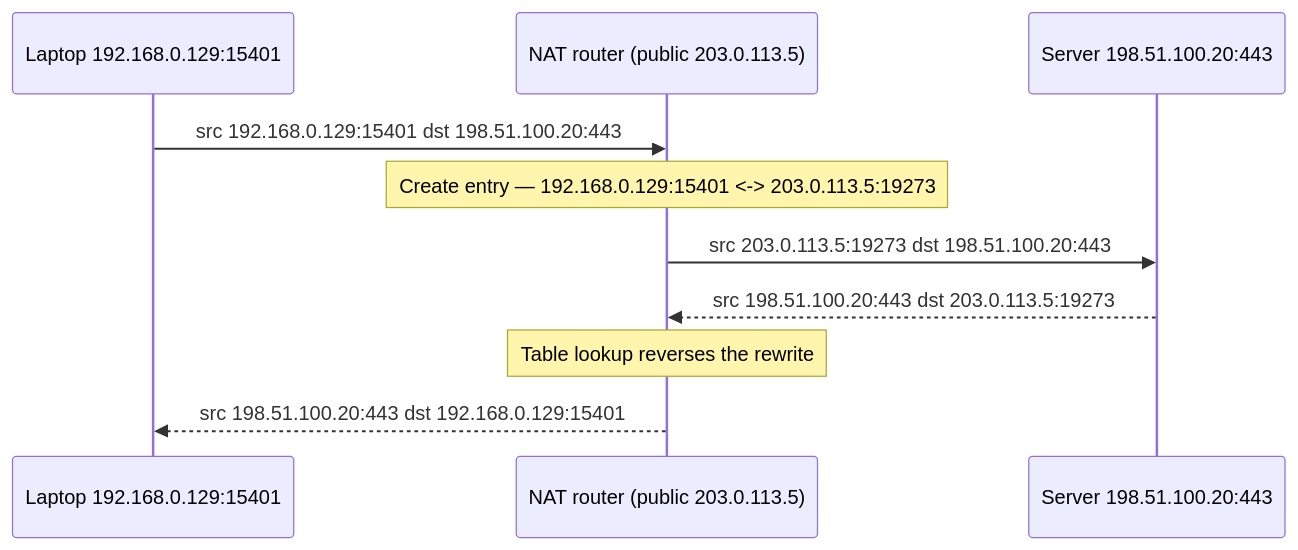
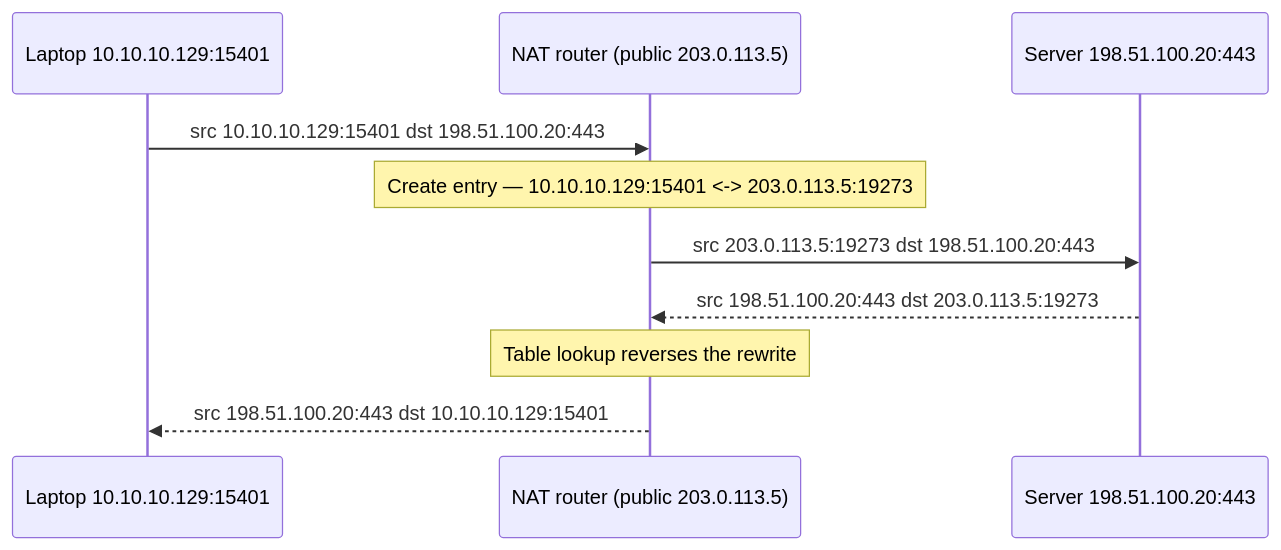
Before and after one commit to nnr-root/cybersec-crook2root-notes: the diagram in Networking/Addressing & Subnetting/NAT & Address Translation.md, drawn with Mermaid. The commit also changed other lines of this file and 6 other files, not shown here.

````diff
--- a/Networking/Addressing & Subnetting/NAT & Address Translation.md
+++ b/Networking/Addressing & Subnetting/NAT & Address Translation.md
@@ -28,12 +30,12 @@
 ```mermaid
 sequenceDiagram
-    participant L as Laptop 192.168.0.129:15401
+    participant L as Laptop 10.10.10.129:15401
     participant R as NAT router (public 203.0.113.5)
     participant S as Server 198.51.100.20:443
-    L->>R: src 192.168.0.129:15401 dst 198.51.100.20:443
-    Note over R: Create entry — 192.168.0.129:15401 <-> 203.0.113.5:19273
+    L->>R: src 10.10.10.129:15401 dst 198.51.100.20:443
+    Note over R: Create entry — 10.10.10.129:15401 <-> 203.0.113.5:19273
     R->>S: src 203.0.113.5:19273 dst 198.51.100.20:443
     S-->>R: src 198.51.100.20:443 dst 203.0.113.5:19273
     Note over R: Table lookup reverses the rewrite
-    R-->>L: src 198.51.100.20:443 dst 192.168.0.129:15401
+    R-->>L: src 198.51.100.20:443 dst 10.10.10.129:15401
 ```
````
